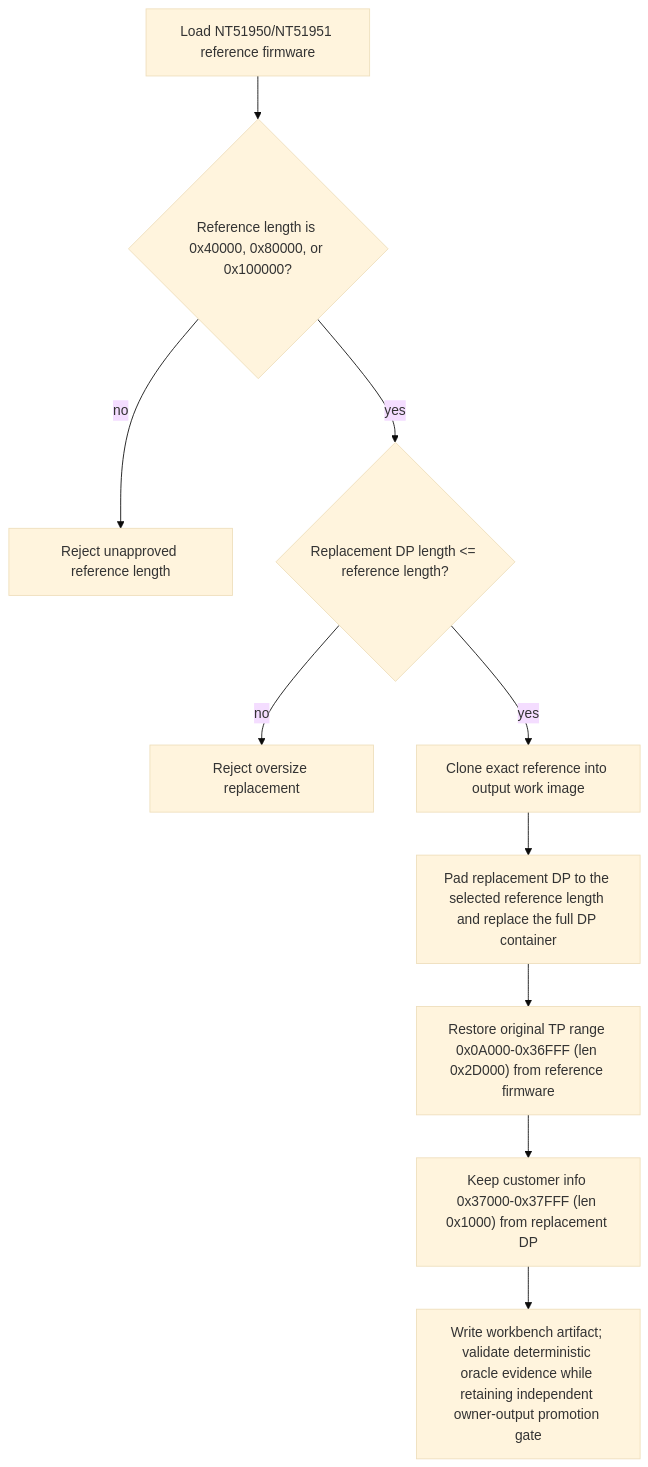
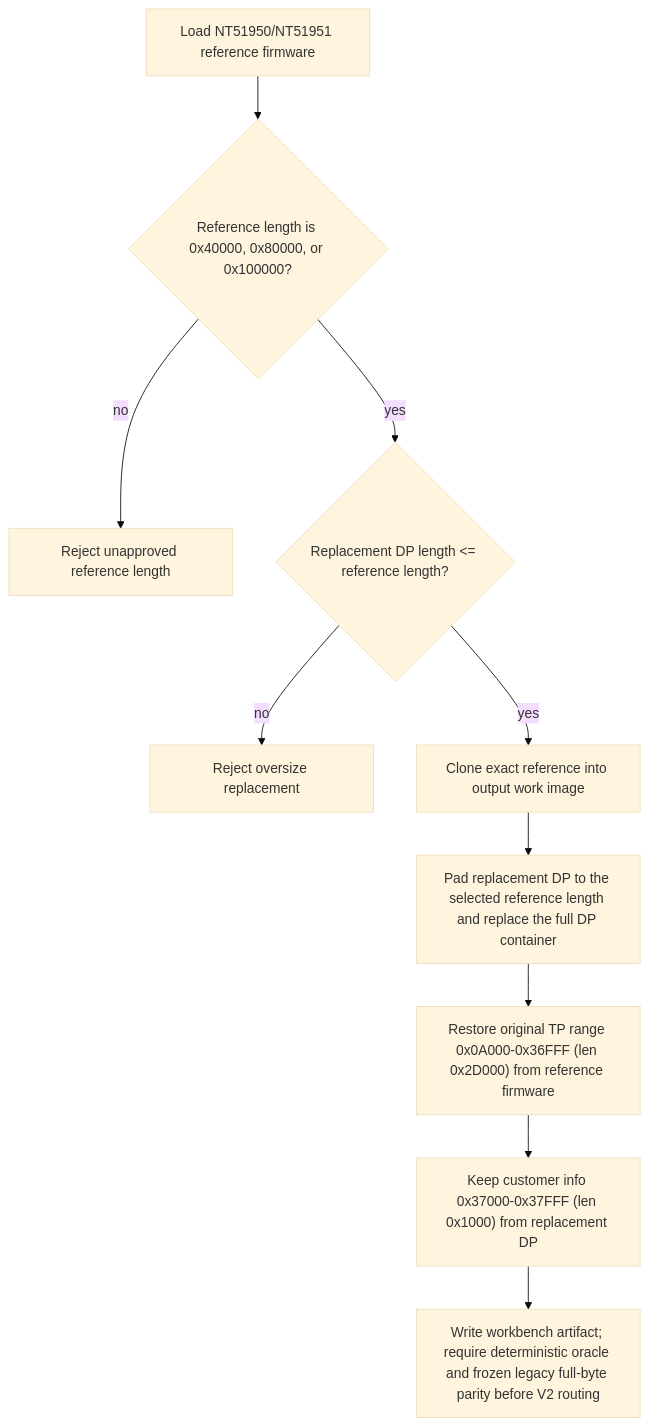
Before and after one commit to Dennis40816/nvt_fw_combiner: the sixth of 12 diagrams in docs/architecture/ic-workflow-flowcharts.md, drawn with Mermaid (base theme). The commit also changed other lines of this file and 12 other files, not shown here.

````diff
--- a/docs/architecture/ic-workflow-flowcharts.md
+++ b/docs/architecture/ic-workflow-flowcharts.md
@@ -154,12 +154,12 @@
 ```mermaid
 flowchart TD
     A["Load NT51950/NT51951 reference firmware"] --> B{"Reference length is 0x40000, 0x80000, or 0x100000?"}
     B -- "no" --> C["Reject unapproved reference length"]
     B -- "yes" --> D{"Replacement DP length <= reference length?"}
     D -- "no" --> E["Reject oversize replacement"]
     D -- "yes" --> F["Clone exact reference into output work image"]
     F --> G["Pad replacement DP to the selected reference length and replace the full DP container"]
     G --> H["Restore original TP range 0x0A000-0x36FFF (len 0x2D000) from reference firmware"]
     H --> I["Keep customer info 0x37000-0x37FFF (len 0x1000) from replacement DP"]
-    I --> J["Write workbench artifact; validate deterministic oracle evidence while retaining independent owner-output promotion gate"]
+    I --> J["Write workbench artifact; require deterministic oracle and frozen legacy full-byte parity before V2 routing"]
 ```
````
